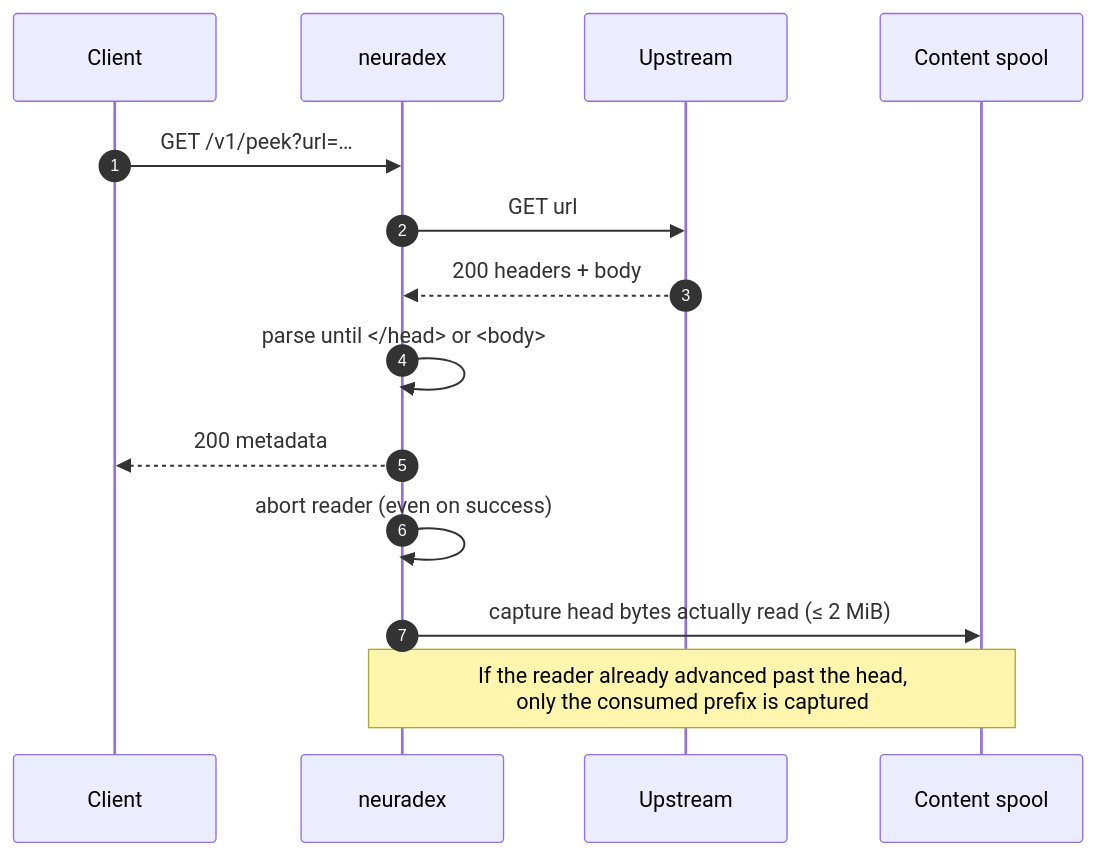
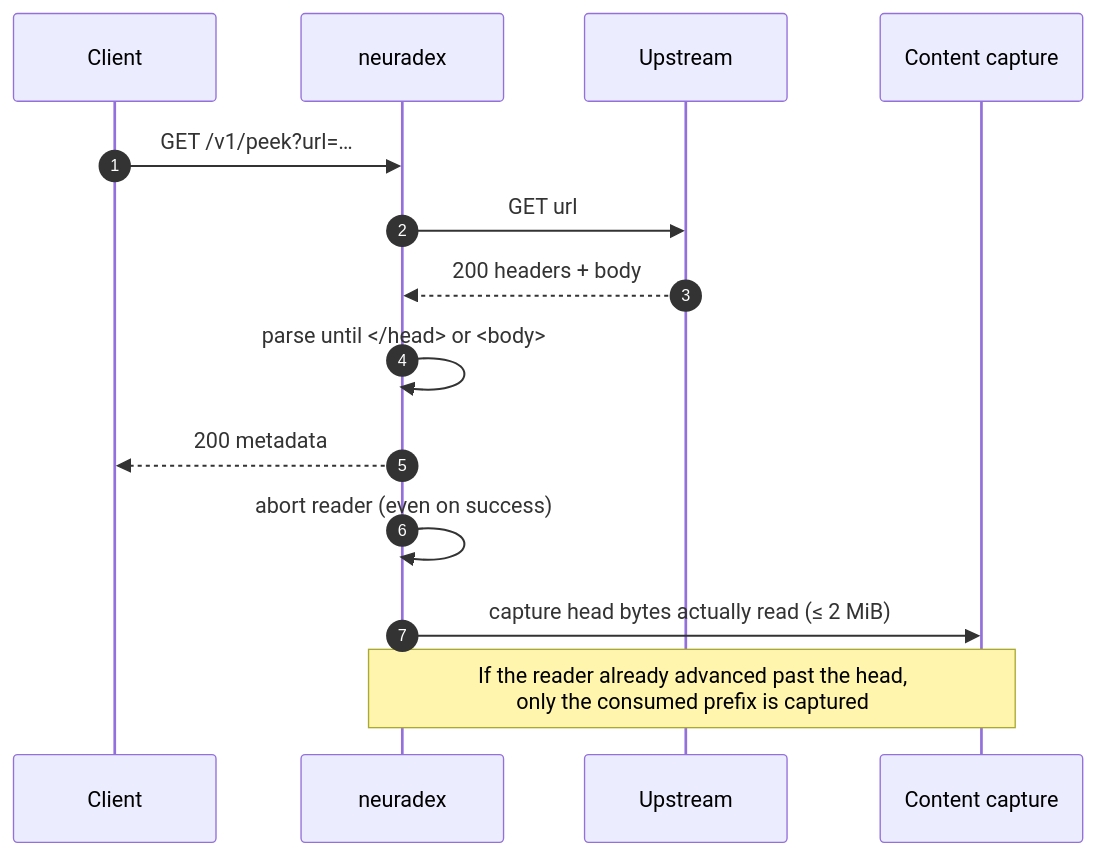
Before and after one commit to mkroman/neuradex: the second of 3 diagrams in docs/architecture/request-lifecycle.md, drawn with Mermaid. The commit also changed other lines of this file and 22 other files, not shown here.

````diff
--- a/docs/architecture/request-lifecycle.md
+++ b/docs/architecture/request-lifecycle.md
@@ -78,17 +75,17 @@
 ```mermaid
 sequenceDiagram
     autonumber
     participant C as Client
     participant S as neuradex
     participant U as Upstream
-    participant P as Content spool
+    participant P as Content capture
 
     C->>S: GET /v1/peek?url=…
     S->>U: GET url
     U-->>S: 200 headers + body
     S->>S: parse until </head> or <body>
     S-->>C: 200 metadata
     S->>S: abort reader (even on success)
     S->>P: capture head bytes actually read (≤ 2 MiB)
     Note over S,P: If the reader already advanced past the head,<br/>only the consumed prefix is captured
 ```
````
